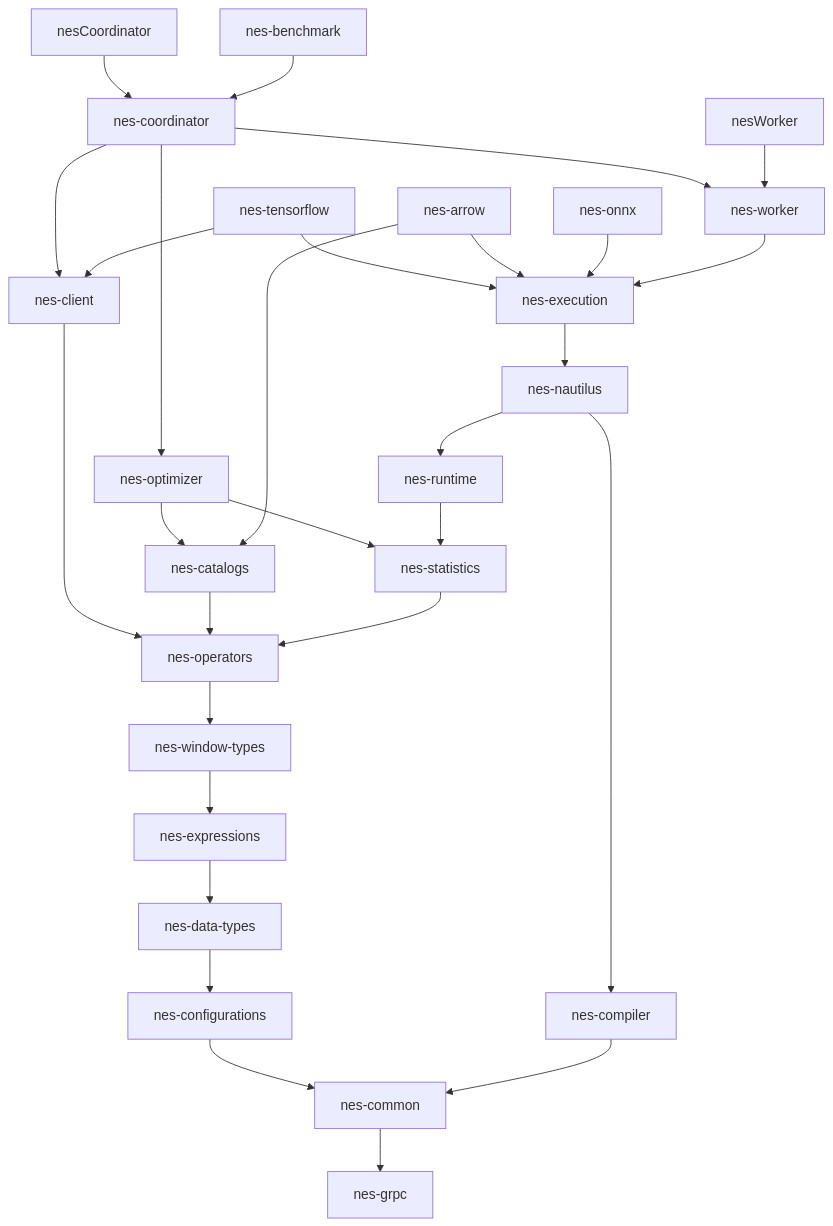
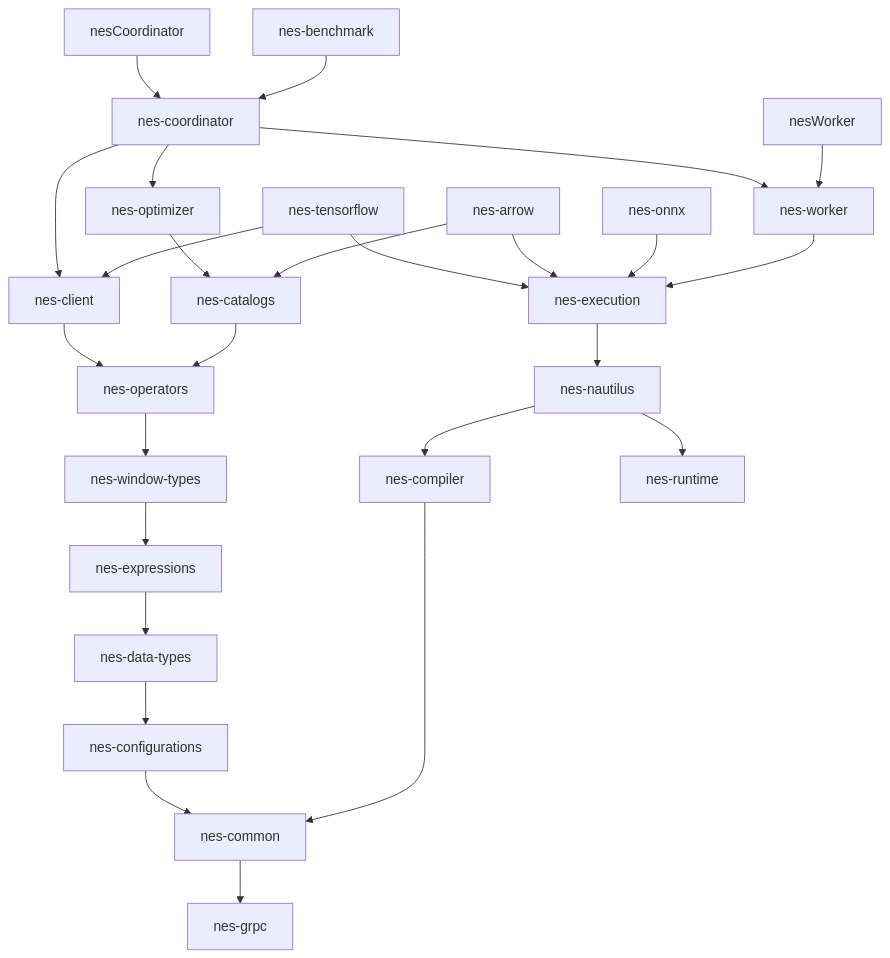
One commit to nebulastream/nebulastream changed the diagram in README.md. Above: the diagram before and after it, drawn with Mermaid. The commit also changed other lines of this file and 223 other files, not shown here.

````diff
--- a/README.md
+++ b/README.md
@@ -45,31 +44,28 @@
 ```mermaid
 graph TD;
 nes-common-->nes-grpc
 nes-configurations-->nes-common
 nes-data-types-->nes-configurations
 nes-expressions-->nes-data-types
 nes-window-types-->nes-expressions
 nes-operators-->nes-window-types
 nes-client-->nes-operators
 nes-catalogs-->nes-operators
-nes-statistics-->nes-operators
-nes-optimizer-->nes-statistics
 nes-optimizer-->nes-catalogs
-nes-runtime-->nes-statistics
 nes-coordinator-->nes-optimizer 
 nes-coordinator-->nes-worker 
 nes-coordinator-->nes-client
 nes-execution-->nes-nautilus
 nes-nautilus-->nes-compiler
 nes-nautilus-->nes-runtime
 nes-compiler-->nes-common
 nesCoordinator-->nes-coordinator
 nesWorker-->nes-worker
 nes-tensorflow-->nes-execution
 nes-tensorflow-->nes-client
 nes-arrow-->nes-catalogs
 nes-arrow-->nes-execution 
 nes-onnx-->nes-execution
 nes-benchmark-->nes-coordinator
 nes-worker-->nes-execution
 ```
````
